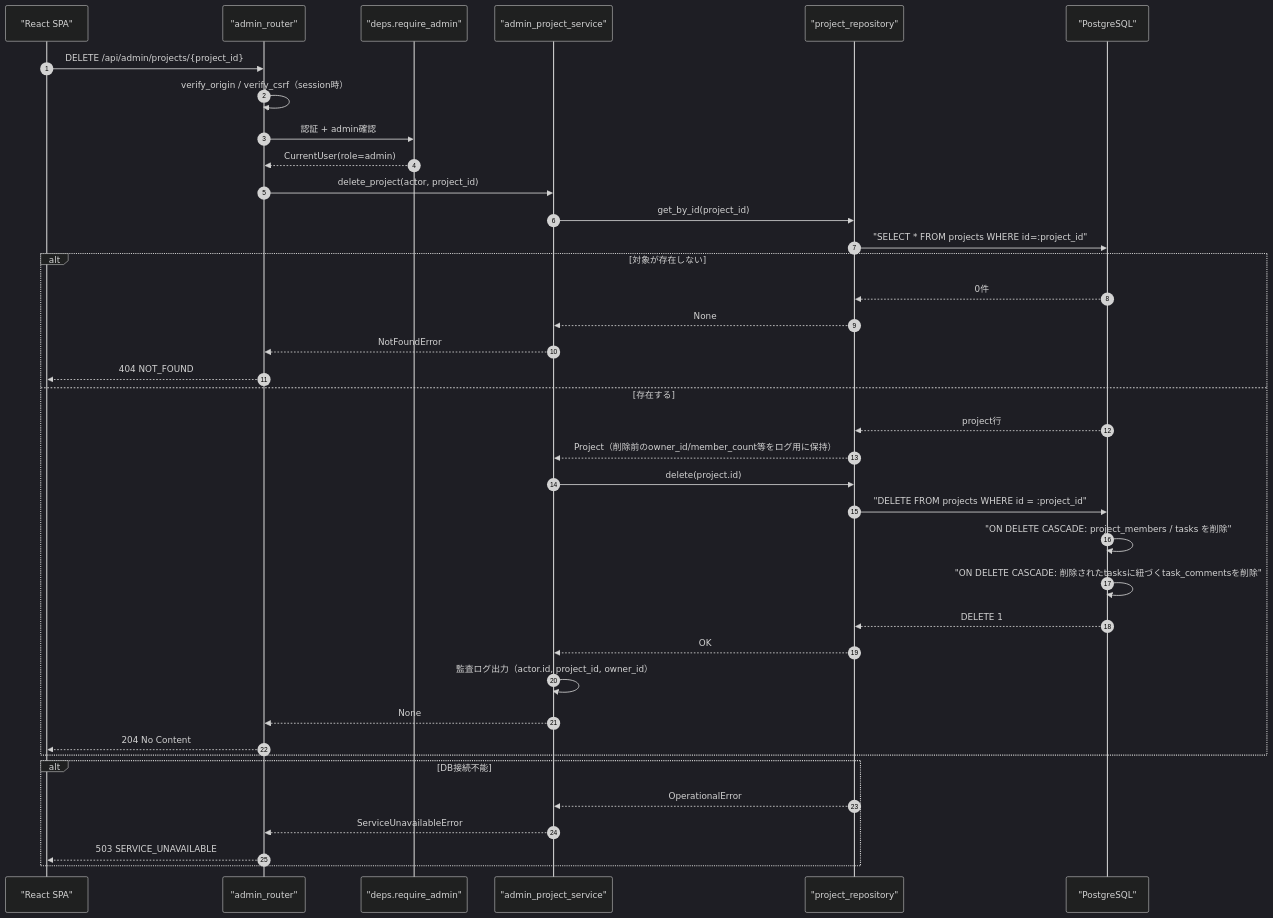
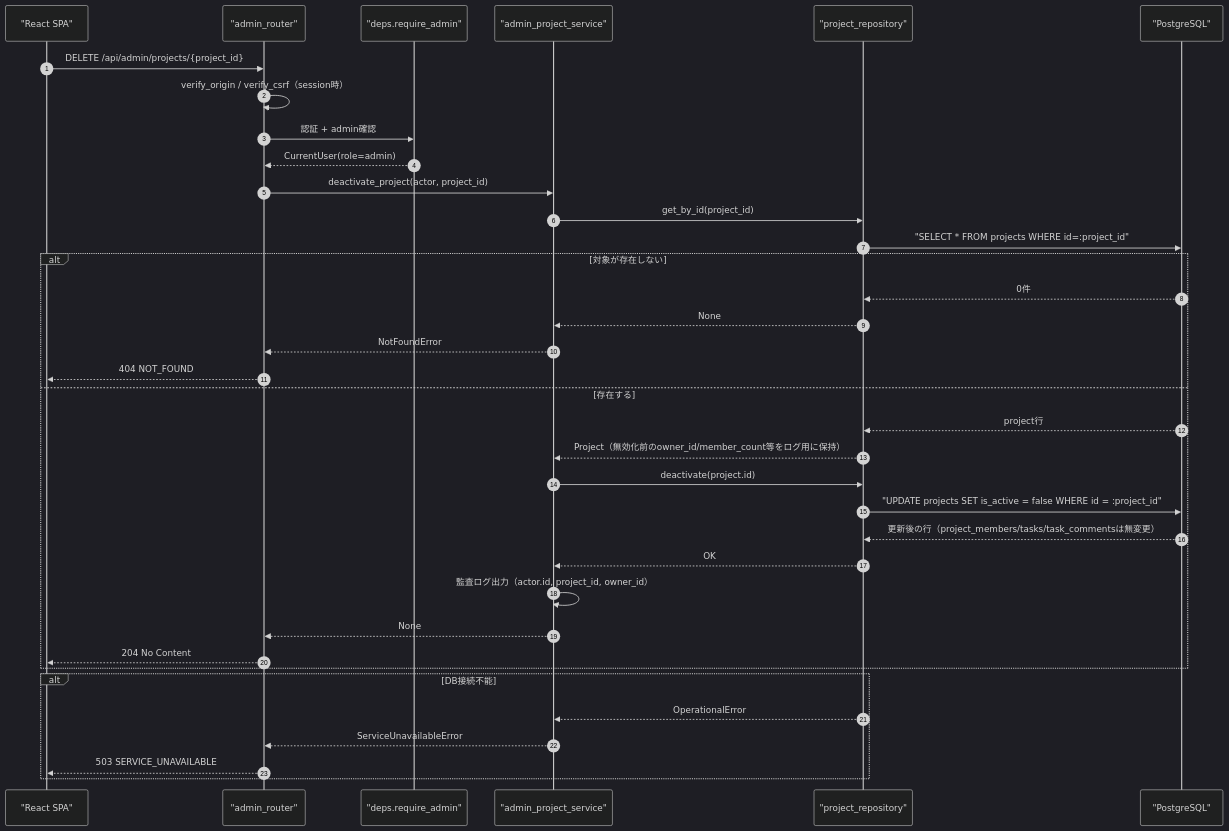
The first of 4 diagrams in detailed_design/api/admin/06_delete_admin_project.md (oikawa-d/task_management), drawn with Mermaid (dark theme) before and after one commit. The commit also changed other lines of this file and 25 other files, not shown here.

````diff
--- a/detailed_design/api/admin/06_delete_admin_project.md
+++ b/detailed_design/api/admin/06_delete_admin_project.md
@@ -74,41 +77,39 @@
 ```mermaid
 sequenceDiagram
     autonumber
     participant FE as "React SPA"
     participant R as "admin_router"
     participant D as "deps.require_admin"
     participant S as "admin_project_service"
     participant RP as "project_repository"
     participant PG as "PostgreSQL"
 
     FE->>R: DELETE /api/admin/projects/{project_id}
     R->>R: verify_origin / verify_csrf（session時）
     R->>D: 認証 + admin確認
     D-->>R: CurrentUser(role=admin)
-    R->>S: delete_project(actor, project_id)
+    R->>S: deactivate_project(actor, project_id)
     S->>RP: get_by_id(project_id)
     RP->>PG: "SELECT * FROM projects WHERE id=:project_id"
     alt 対象が存在しない
         PG-->>RP: 0件
         RP-->>S: None
         S-->>R: NotFoundError
         R-->>FE: 404 NOT_FOUND
     else 存在する
         PG-->>RP: project行
-        RP-->>S: Project（削除前のowner_id/member_count等をログ用に保持）
-        S->>RP: delete(project.id)
-        RP->>PG: "DELETE FROM projects WHERE id = :project_id"
-        PG->>PG: "ON DELETE CASCADE: project_members / tasks を削除"
-        PG->>PG: "ON DELETE CASCADE: 削除されたtasksに紐づくtask_commentsを削除"
-        PG-->>RP: DELETE 1
+        RP-->>S: Project（無効化前のowner_id/member_count等をログ用に保持）
+        S->>RP: deactivate(project.id)
+        RP->>PG: "UPDATE projects SET is_active = false WHERE id = :project_id"
+        PG-->>RP: 更新後の行（project_members/tasks/task_commentsは無変更）
         RP-->>S: OK
         S->>S: 監査ログ出力（actor.id, project_id, owner_id）
         S-->>R: None
         R-->>FE: 204 No Content
     end
     alt DB接続不能
         RP-->>S: OperationalError
         S-->>R: ServiceUnavailableError
         R-->>FE: 503 SERVICE_UNAVAILABLE
     end
 ```
````
